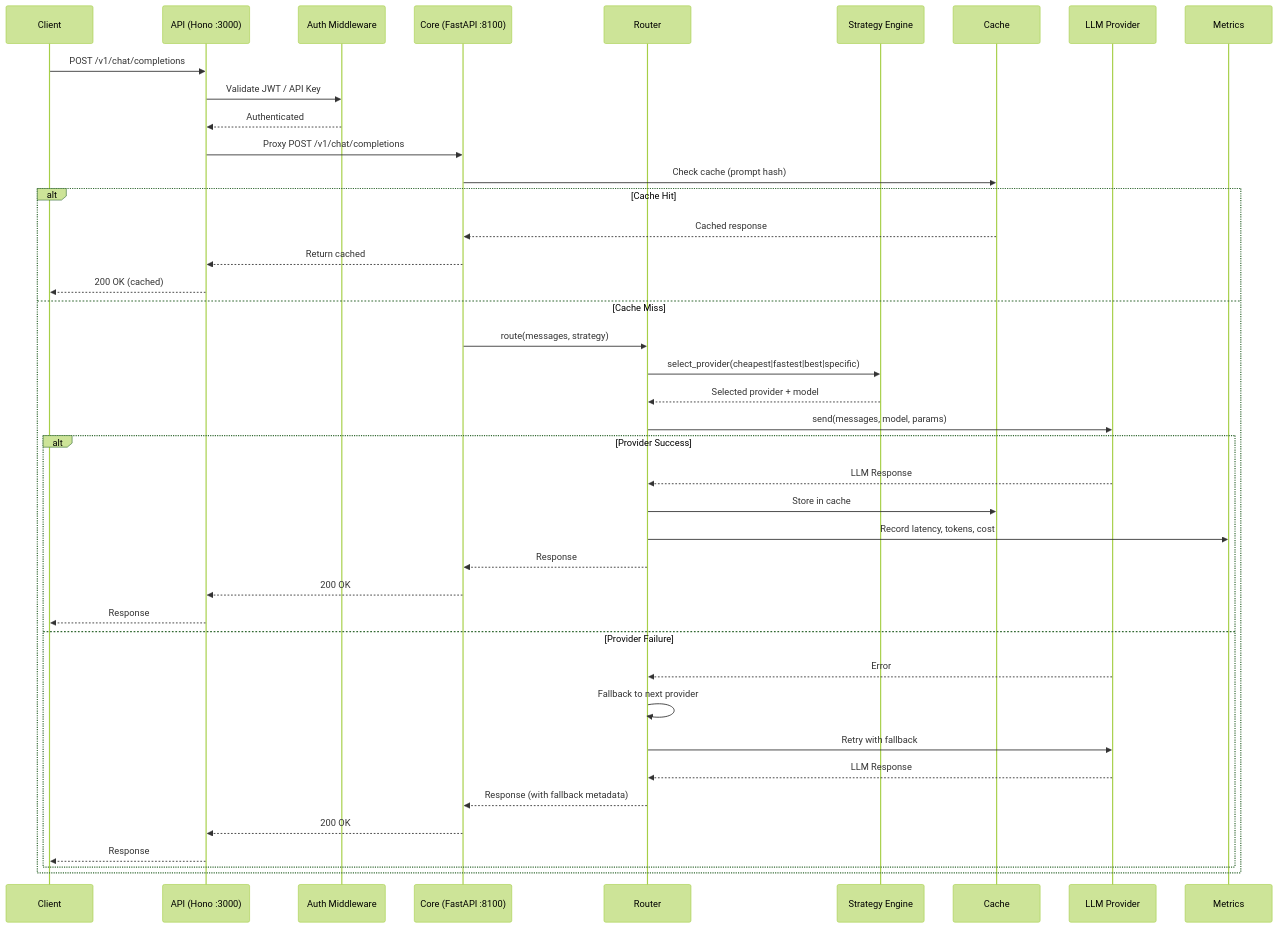
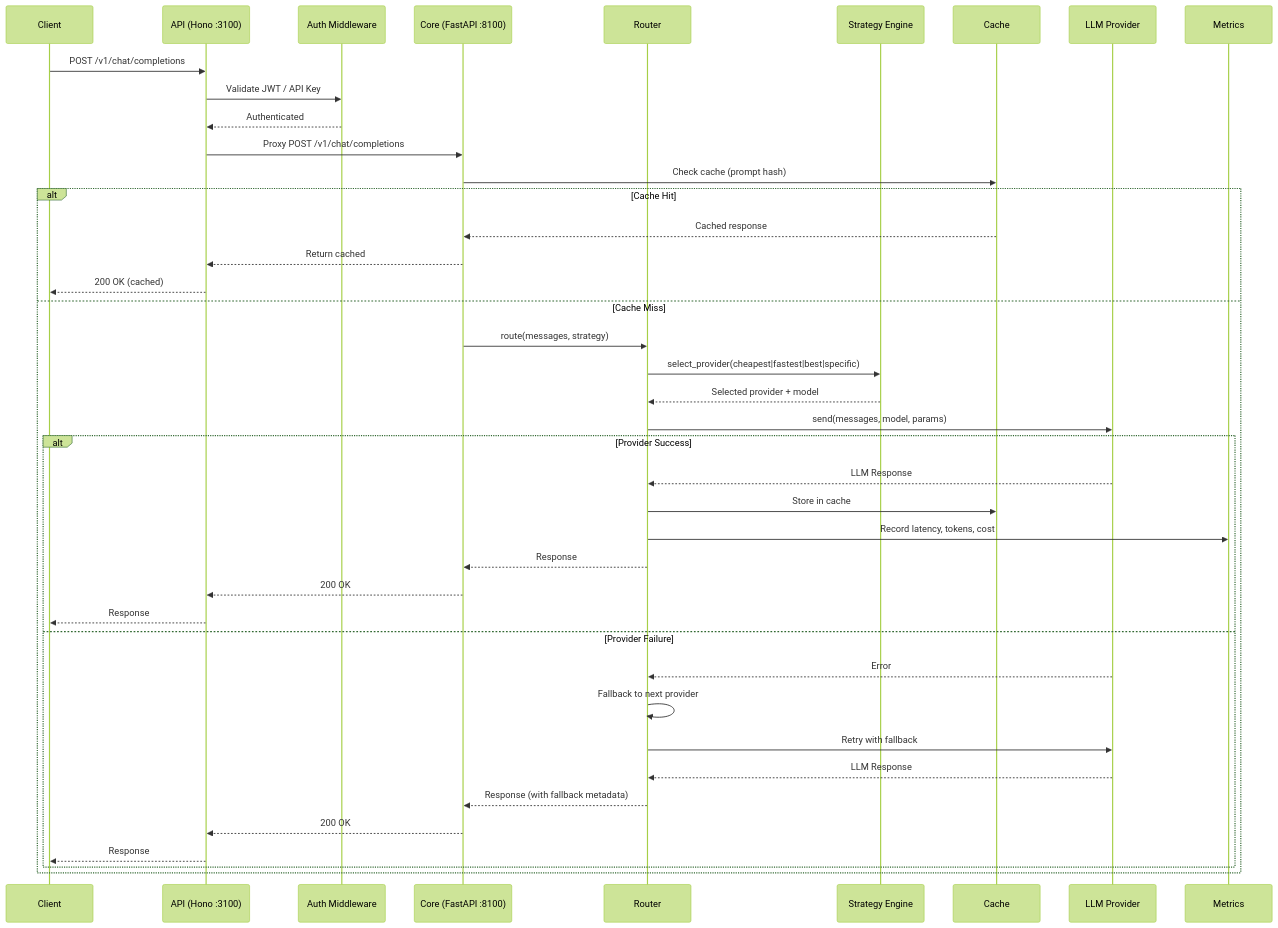
One commit to electron-rare/mascarade changed the third of 8 diagrams in docs/ARCHITECTURE.md. Above: the diagram before and after it, drawn with Mermaid (forest theme). The commit also changed other lines of this file and 2 other files, not shown here.

First line of the commit message:
docs: align README, ARCHITECTURE, FEATURE_MAP with current codebase

````diff
--- a/docs/ARCHITECTURE.md
+++ b/docs/ARCHITECTURE.md
@@ -151,44 +164,44 @@
 ```mermaid
 sequenceDiagram
     participant C as Client
-    participant API as API (Hono :3000)
+    participant API as API (Hono :3100)
     participant MW as Auth Middleware
     participant Core as Core (FastAPI :8100)
     participant Router as Router
     participant Strategy as Strategy Engine
     participant Cache as Cache
     participant Provider as LLM Provider
     participant Metrics as Metrics
 
     C->>API: POST /v1/chat/completions
     API->>MW: Validate JWT / API Key
     MW-->>API: Authenticated
     API->>Core: Proxy POST /v1/chat/completions
     Core->>Cache: Check cache (prompt hash)
     alt Cache Hit
         Cache-->>Core: Cached response
         Core-->>API: Return cached
         API-->>C: 200 OK (cached)
     else Cache Miss
         Core->>Router: route(messages, strategy)
         Router->>Strategy: select_provider(cheapest|fastest|best|specific)
         Strategy-->>Router: Selected provider + model
         Router->>Provider: send(messages, model, params)
         alt Provider Success
             Provider-->>Router: LLM Response
             Router->>Cache: Store in cache
             Router->>Metrics: Record latency, tokens, cost
             Router-->>Core: Response
             Core-->>API: 200 OK
             API-->>C: Response
         else Provider Failure
             Provider-->>Router: Error
             Router->>Router: Fallback to next provider
             Router->>Provider: Retry with fallback
             Provider-->>Router: LLM Response
             Router-->>Core: Response (with fallback metadata)
             Core-->>API: 200 OK
             API-->>C: Response
         end
     end
 ```
````
